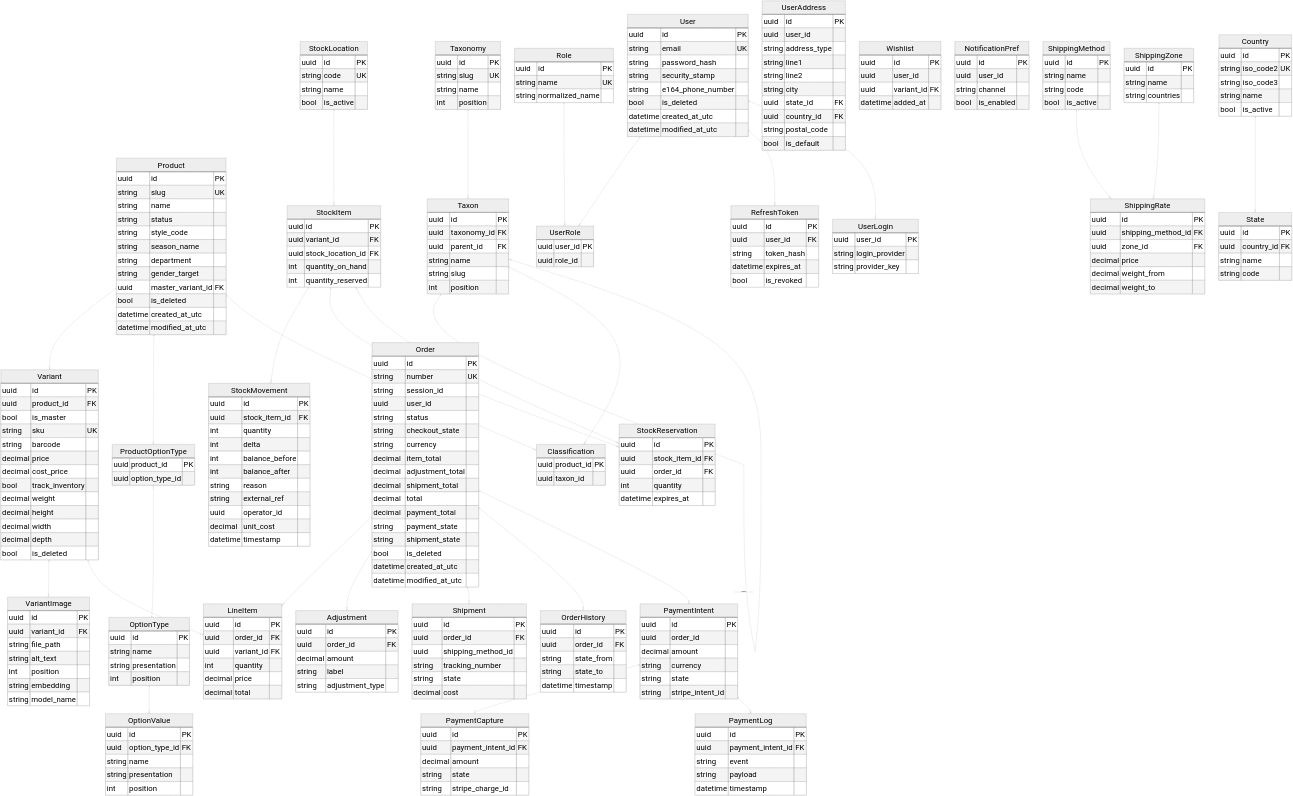
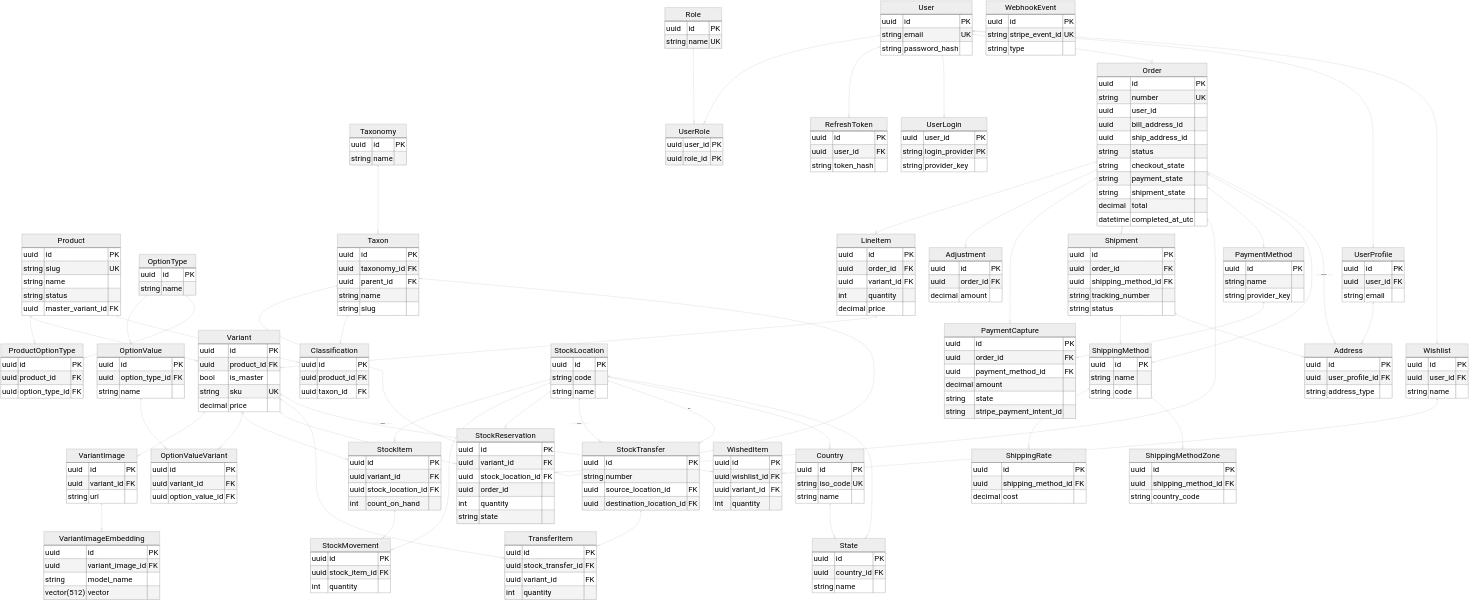
The diagram in thesis/figures/chapters/part2/ch2-design/03-architecture/diagrams/P2S2.2.3_erd-core.mmd (qingfa-dev/ReSys.Shop), drawn with Mermaid before and after one commit. The commit also changed 33 other files, not shown here.

First line of the commit message:
build(thesis): add per-schema ERD rules, rerender diagrams

```diff
--- a/thesis/figures/chapters/part2/ch2-design/03-architecture/diagrams/P2S2.2.3_erd-core.mmd
+++ b/thesis/figures/chapters/part2/ch2-design/03-architecture/diagrams/P2S2.2.3_erd-core.mmd
@@ -1,18 +1,14 @@
 %%{init: {'theme': 'neutral', 'themeVariables': {'fontSize': '78px'}}}%%
 erDiagram
+
+  %% ==================== CATALOG (catalog) ====================
+
   Product {
     uuid id PK
     string slug UK
     string name
     string status
-    string style_code
-    string season_name
-    string department
-    string gender_target
     uuid master_variant_id FK
-    bool is_deleted
-    datetime created_at_utc
-    datetime modified_at_utc
   }
 
   Variant {
@@ -20,52 +16,48 @@
     uuid product_id FK
     bool is_master
     string sku UK
-    string barcode
     decimal price
-    decimal cost_price
-    bool track_inventory
-    decimal weight
-    decimal height
-    decimal width
-    decimal depth
-    bool is_deleted
   }
 
   VariantImage {
     uuid id PK
     uuid variant_id FK
-    string file_path
-    string alt_text
-    int position
-    string embedding
+    string url
+  }
+
+  VariantImageEmbedding {
+    uuid id PK
+    uuid variant_image_id FK
     string model_name
+    vector(512) vector
   }
 
   OptionType {
     uuid id PK
     string name
-    string presentation
-    int position
   }
 
   OptionValue {
     uuid id PK
     uuid option_type_id FK
     string name
-    string presentation
-    int position
   }
 
   ProductOptionType {
-    uuid product_id PK
-    uuid option_type_id
+    uuid id PK
+    uuid product_id FK
+    uuid option_type_id FK
+  }
+
+  OptionValueVariant {
+    uuid id PK
+    uuid variant_id FK
+    uuid option_value_id FK
   }
 
   Taxonomy {
     uuid id PK
-    string slug UK
     string name
-    int position
   }
 
   Taxon {
@@ -74,42 +66,58 @@
     uuid parent_id FK
     string name
     string slug
-    int position
   }
 
   Classification {
-    uuid product_id PK
-    uuid taxon_id
+    uuid id PK
+    uuid product_id FK
+    uuid taxon_id FK
   }
 
-  Product ||--o{ Variant : ""
-  Variant ||--o{ VariantImage : ""
-  Product ||--o{ ProductOptionType : ""
-  OptionType ||--o{ OptionValue : ""
-  ProductOptionType }o--|| OptionType : ""
-  Taxonomy ||--o{ Taxon : ""
-  Taxon ||--o{ Taxon : parent
-  Product ||--o{ Classification : ""
-  Taxon ||--o{ Classification : ""
+  %% ==================== IDENTITY (identity) ====================
+
+  User {
+    uuid id PK
+    string email UK
+    string password_hash
+  }
+
+  Role {
+    uuid id PK
+    string name UK
+  }
+
+  UserRole {
+    uuid user_id PK
+    uuid role_id PK
+  }
+
+  RefreshToken {
+    uuid id PK
+    uuid user_id FK
+    string token_hash
+  }
+
+  UserLogin {
+    uuid user_id PK
+    string login_provider PK
+    string provider_key
+  }
+
+  %% ==================== ORDERING (ordering) ====================
 
   Order {
     uuid id PK
     string number UK
-    string session_id
     uuid user_id
+    uuid bill_address_id
+    uuid ship_address_id
     string status
     string checkout_state
-    string currency
-    decimal item_total
-    decimal adjustment_total
-    decimal shipment_total
-    decimal total
-    decimal payment_total
     string payment_state
     string shipment_state
-    bool is_deleted
-    datetime created_at_utc
-    datetime modified_at_utc
+    decimal total
+    datetime completed_at_utc
   }
 
   LineItem {
@@ -118,218 +126,215 @@
     uuid variant_id FK
     int quantity
     decimal price
-    decimal total
   }
 
   Adjustment {
     uuid id PK
     uuid order_id FK
     decimal amount
-    string label
-    string adjustment_type
   }
 
-  Shipment {
+  %% ==================== PAYMENT (payment) ====================
+
+  PaymentMethod {
     uuid id PK
-    uuid order_id FK
-    uuid shipping_method_id
-    string tracking_number
-    string state
-    decimal cost
-  }
-
-  OrderHistory {
-    uuid id PK
-    uuid order_id FK
-    string state_from
-    string state_to
-    datetime timestamp
-  }
-
-  Order ||--o{ LineItem : ""
-  Order ||--o{ Adjustment : ""
-  Order ||--o{ Shipment : ""
-  Order ||--o{ OrderHistory : ""
-
-  PaymentIntent {
-    uuid id PK
-    uuid order_id
-    decimal amount
-    string currency
-    string state
-    string stripe_intent_id
+    string name
+    string provider_key
   }
 
   PaymentCapture {
     uuid id PK
-    uuid payment_intent_id FK
+    uuid order_id FK
+    uuid payment_method_id FK
     decimal amount
     string state
-    string stripe_charge_id
+    string stripe_payment_intent_id
   }
 
-  PaymentLog {
+  WebhookEvent {
     uuid id PK
-    uuid payment_intent_id FK
-    string event
-    string payload
-    datetime timestamp
+    string stripe_event_id UK
+    string type
   }
 
-  PaymentIntent ||--o{ PaymentCapture : ""
-  PaymentIntent ||--o{ PaymentLog : ""
+  %% ==================== INVENTORY (inventory) ====================
 
   StockLocation {
     uuid id PK
-    string code UK
+    string code
     string name
-    bool is_active
   }
 
   StockItem {
     uuid id PK
     uuid variant_id FK
     uuid stock_location_id FK
-    int quantity_on_hand
-    int quantity_reserved
+    int count_on_hand
   }
 
   StockMovement {
     uuid id PK
     uuid stock_item_id FK
     int quantity
-    int delta
-    int balance_before
-    int balance_after
-    string reason
-    string external_ref
-    uuid operator_id
-    decimal unit_cost
-    datetime timestamp
   }
 
   StockReservation {
     uuid id PK
-    uuid stock_item_id FK
-    uuid order_id FK
+    uuid variant_id FK
+    uuid stock_location_id FK
+    uuid order_id
     int quantity
-    datetime expires_at
+    string state
   }
 
-  StockLocation ||--o{ StockItem : ""
-  StockItem ||--o{ StockMovement : ""
-  StockItem ||--o{ StockReservation : ""
-
-  User {
+  StockTransfer {
     uuid id PK
-    string email UK
-    string password_hash
-    string security_stamp
-    string e164_phone_number
-    bool is_deleted
-    datetime created_at_utc
-    datetime modified_at_utc
+    string number
+    uuid source_location_id FK
+    uuid destination_location_id FK
   }
 
-  Role {
+  TransferItem {
     uuid id PK
-    string name UK
-    string normalized_name
+    uuid stock_transfer_id FK
+    uuid variant_id FK
+    int quantity
   }
 
-  UserRole {
-    uuid user_id PK
-    uuid role_id
-  }
-
-  RefreshToken {
-    uuid id PK
-    uuid user_id FK
-    string token_hash
-    datetime expires_at
-    bool is_revoked
-  }
-
-  UserLogin {
-    uuid user_id PK
-    string login_provider
-    string provider_key
-  }
-
-  User ||--o{ UserRole : ""
-  Role ||--o{ UserRole : ""
-  User ||--o{ RefreshToken : ""
-  User ||--o{ UserLogin : ""
-
-  UserAddress {
-    uuid id PK
-    uuid user_id
-    string address_type
-    string line1
-    string line2
-    string city
-    uuid state_id FK
-    uuid country_id FK
-    string postal_code
-    bool is_default
-  }
-
-  Wishlist {
-    uuid id PK
-    uuid user_id
-    uuid variant_id FK
-    datetime added_at
-  }
-
-  NotificationPref {
-    uuid id PK
-    uuid user_id
-    string channel
-    bool is_enabled
-  }
+  %% ==================== SHIPPING (shipping) ====================
 
   ShippingMethod {
     uuid id PK
     string name
     string code
-    bool is_active
   }
 
   ShippingRate {
     uuid id PK
     uuid shipping_method_id FK
-    uuid zone_id FK
-    decimal price
-    decimal weight_from
-    decimal weight_to
+    decimal cost
   }
 
-  ShippingZone {
+  ShippingMethodZone {
     uuid id PK
-    string name
-    string countries
+    uuid shipping_method_id FK
+    string country_code
   }
 
-  ShippingMethod ||--o{ ShippingRate : ""
-  ShippingZone ||--o{ ShippingRate : ""
+  Shipment {
+    uuid id PK
+    uuid order_id FK
+    uuid shipping_method_id FK
+    string tracking_number
+    string status
+  }
+
+  %% ==================== LOCATION (location) ====================
 
   Country {
     uuid id PK
-    string iso_code2 UK
-    string iso_code3
+    string iso_code UK
     string name
-    bool is_active
   }
 
   State {
     uuid id PK
     uuid country_id FK
     string name
-    string code
   }
 
+  %% ==================== PROFILE (profile) ====================
+
+  UserProfile {
+    uuid id PK
+    uuid user_id FK
+    string email
+  }
+
+  Address {
+    uuid id PK
+    uuid user_profile_id FK
+    string address_type
+  }
+
+  Wishlist {
+    uuid id PK
+    uuid user_id FK
+    string name
+  }
+
+  WishedItem {
+    uuid id PK
+    uuid wishlist_id FK
+    uuid variant_id FK
+    int quantity
+  }
+
+  %% ==================== RELATIONSHIPS ====================
+
+  %% -- Catalog (same schema, solid) --
+  Product ||--o{ Variant : ""
+  Product ||--o{ ProductOptionType : ""
+  Product ||--o{ Classification : ""
+  Variant ||--o{ VariantImage : ""
+  VariantImage ||--o{ VariantImageEmbedding : ""
+  OptionType ||--o{ OptionValue : ""
+  OptionType ||--o{ ProductOptionType : ""
+  OptionValue ||--o{ OptionValueVariant : ""
+  Variant ||--o{ OptionValueVariant : ""
+  Taxonomy ||--o{ Taxon : ""
+  Taxon ||--o{ Taxon : "parent"
+  Taxon ||--o{ Classification : ""
+
+  %% -- Identity (same schema, solid) --
+  User ||--o{ UserRole : ""
+  Role ||--o{ UserRole : ""
+  User ||--o{ RefreshToken : ""
+  User ||--o{ UserLogin : ""
+
+  %% -- Ordering (same schema, solid) --
+  Order ||--o{ LineItem : ""
+  Order ||--o{ Adjustment : ""
+
+  %% -- Payment (same schema, solid) --
+  PaymentMethod ||--o{ PaymentCapture : ""
+
+  %% -- Inventory (same schema, solid) --
+  StockLocation ||--o{ StockItem : ""
+  StockLocation ||--o{ StockMovement : ""
+  StockItem ||--o{ StockMovement : ""
+  StockLocation ||--o{ StockReservation : ""
+  StockLocation ||--o{ StockTransfer : "source"
+  StockLocation ||--o{ StockTransfer : "dest"
+  StockTransfer ||--o{ TransferItem : ""
+
+  %% -- Shipping (same schema, solid) --
+  ShippingMethod ||--o{ ShippingRate : ""
+  ShippingMethod ||--o{ ShippingMethodZone : ""
+
+  %% -- Location (same schema, solid) --
   Country ||--o{ State : ""
 
-  Variant |o--o{ LineItem : ""
-  Order |o--o{ PaymentIntent : ""
-  StockItem |o--o{ StockReservation : ""
+  %% -- Profile (same schema, solid) --
+  UserProfile ||--o{ Address : ""
+  Wishlist ||--o{ WishedItem : ""
+
+  %% -- Cross-context identifier references (dotted) --
+  Order |o--o{ PaymentCapture : ""
+  Order |o--o{ Shipment : ""
+  Order |o--o{ StockReservation : ""
+  Order |o--o{ PaymentMethod : ""
+  Order |o--o{ ShippingMethod : ""
+  Order |o--o{ Address : "bill/ship"
+  LineItem |o--o{ Variant : ""
+  Variant |o--o{ StockItem : ""
+  Variant |o--o{ StockReservation : ""
+  Variant |o--o{ TransferItem : ""
+  Variant |o--o{ WishedItem : ""
+  StockLocation |o--o{ Country : ""
+  StockLocation |o--o{ State : ""
+  User |o--o{ Order : ""
+  User |o--o{ UserProfile : ""
+  User |o--o{ Wishlist : ""
+  Shipment |o--o{ ShippingMethod : ""
+  Shipment |o--o{ Address : ""
```
